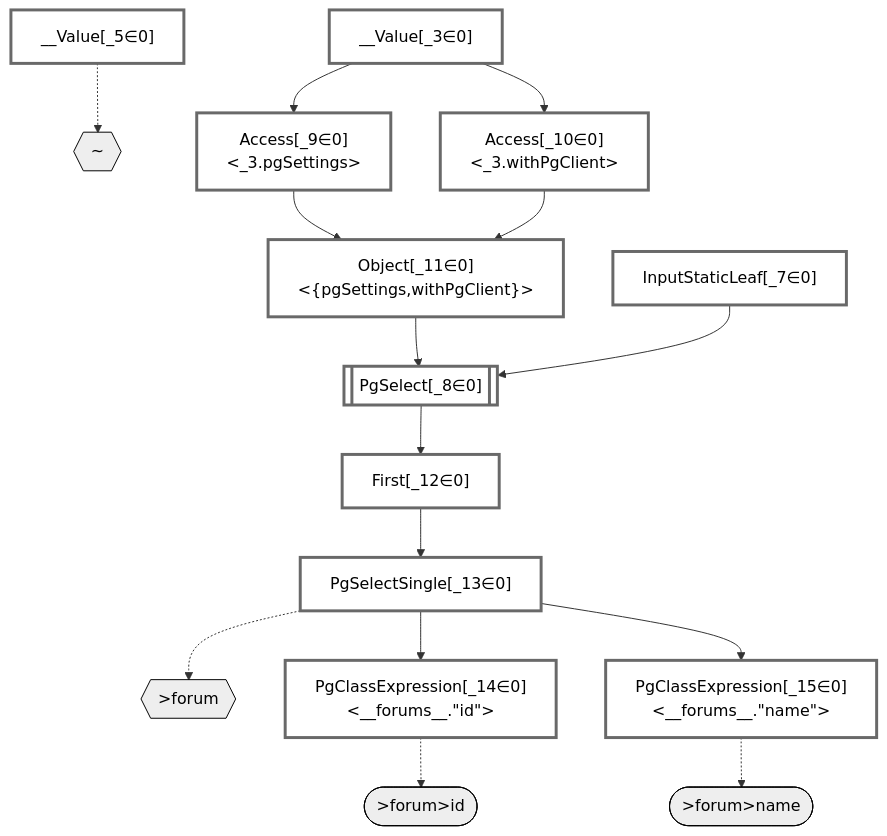
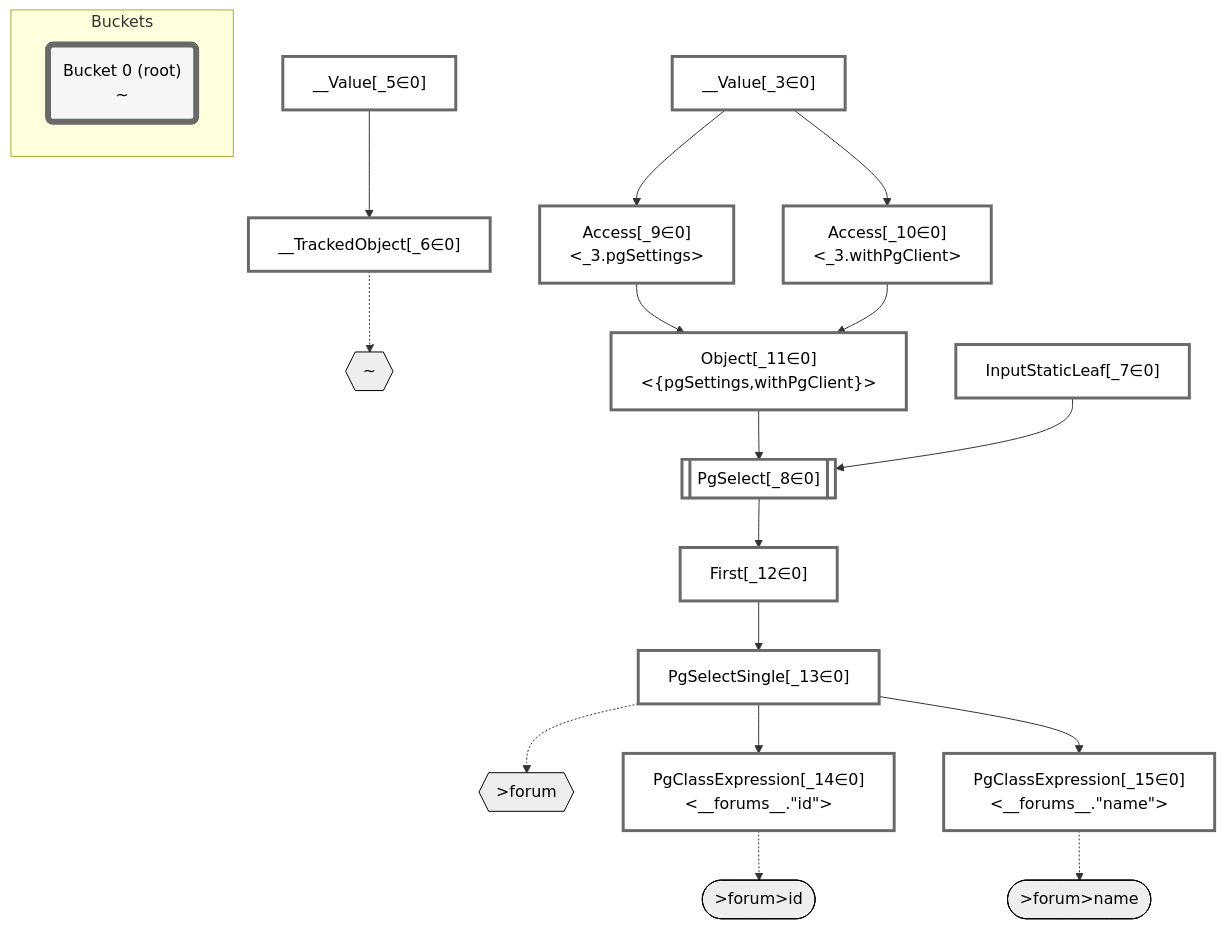
One commit to graphile/crystal changed the diagram in packages/dataplan-pg/__tests__/queries/super-simple/single-record-via-arg.mermaid.md. Above: the diagram before and after it, drawn with Mermaid. The commit also changed 195 other files, not shown here.

````diff
--- a/packages/dataplan-pg/__tests__/queries/super-simple/single-record-via-arg.mermaid.md
+++ b/packages/dataplan-pg/__tests__/queries/super-simple/single-record-via-arg.mermaid.md
@@ -1,52 +1,60 @@
 ```mermaid
 graph TD
     classDef path fill:#eee,stroke:#000,color:#000
     classDef plan fill:#fff,stroke-width:3px,color:#000
     classDef itemplan fill:#fff,stroke-width:6px,color:#000
     classDef sideeffectplan fill:#f00,stroke-width:6px,color:#000
+    classDef bucket fill:#f6f6f6,color:#000,stroke-width:6px
 
     %% subgraph fields
     P1{{"~"}}:::path
     P2{{">forum"}}:::path
     P3([">forum>id"]):::path
     %% P2 -.-> P3
     P4([">forum>name"]):::path
     %% P2 -.-> P4
     %% P1 -.-> P2
     %% end
 
     %% define plans
     __Value_3["__Value[_3∈0]<br /><context>"]:::plan
     __Value_5["__Value[_5∈0]<br /><rootValue>"]:::plan
+    __TrackedObject_6["__TrackedObject[_6∈0]"]:::plan
     InputStaticLeaf_7["InputStaticLeaf[_7∈0]"]:::plan
     PgSelect_8[["PgSelect[_8∈0]<br /><forums>"]]:::plan
     Access_9["Access[_9∈0]<br /><_3.pgSettings>"]:::plan
     Access_10["Access[_10∈0]<br /><_3.withPgClient>"]:::plan
     Object_11["Object[_11∈0]<br /><{pgSettings,withPgClient}>"]:::plan
     First_12["First[_12∈0]"]:::plan
     PgSelectSingle_13["PgSelectSingle[_13∈0]<br /><forums>"]:::plan
     PgClassExpression_14["PgClassExpression[_14∈0]<br /><__forums__.#quot;id#quot;>"]:::plan
     PgClassExpression_15["PgClassExpression[_15∈0]<br /><__forums__.#quot;name#quot;>"]:::plan
 
     %% plan dependencies
+    __Value_5 --> __TrackedObject_6
     Object_11 --> PgSelect_8
     InputStaticLeaf_7 --> PgSelect_8
     __Value_3 --> Access_9
     __Value_3 --> Access_10
     Access_9 --> Object_11
     Access_10 --> Object_11
     PgSelect_8 --> First_12
     First_12 --> PgSelectSingle_13
     PgSelectSingle_13 --> PgClassExpression_14
     PgSelectSingle_13 --> PgClassExpression_15
 
     %% plan-to-path relationships
-    __Value_5 -.-> P1
+    __TrackedObject_6 -.-> P1
     PgSelectSingle_13 -.-> P2
     PgClassExpression_14 -.-> P3
     PgClassExpression_15 -.-> P4
 
     %% allocate buckets
     classDef bucket0 stroke:#696969
-    class __Value_3,__Value_5,InputStaticLeaf_7,PgSelect_8,Access_9,Access_10,Object_11,First_12,PgSelectSingle_13,PgClassExpression_14,PgClassExpression_15 bucket0
+    class __Value_3,__Value_5,__TrackedObject_6,InputStaticLeaf_7,PgSelect_8,Access_9,Access_10,Object_11,First_12,PgSelectSingle_13,PgClassExpression_14,PgClassExpression_15 bucket0
+
+    subgraph Buckets
+    Bucket0("Bucket 0 (root)<br />~"):::bucket
+    style Bucket0 stroke:#696969
+    end
 ```
````
